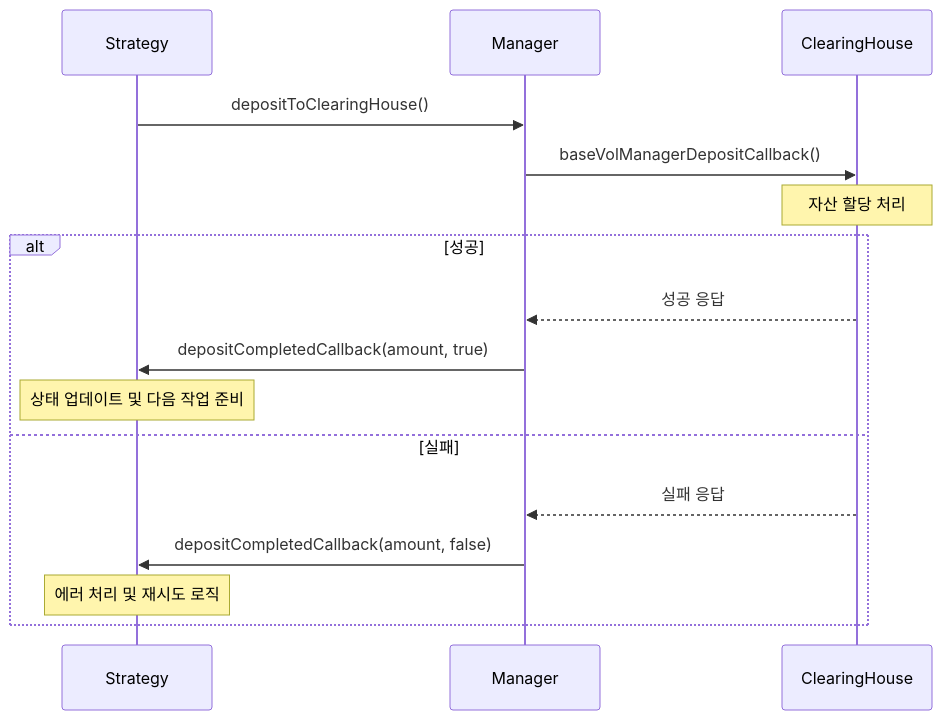
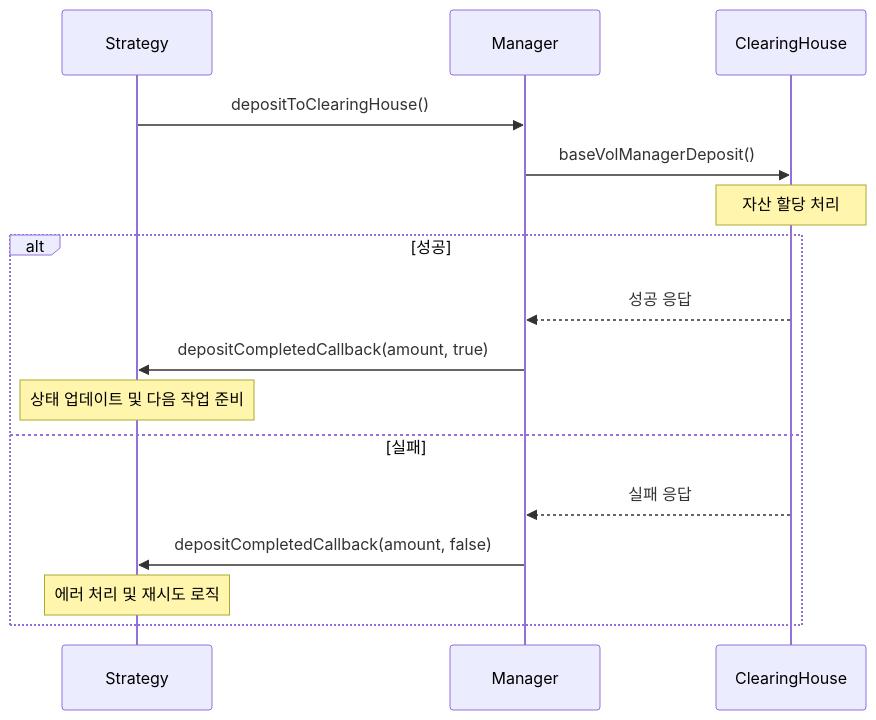
The sixth of 7 diagrams in contracts/core/vault/genesisvault.md (stvol-official/basevol-contract), drawn with Mermaid before and after one commit. The commit also changed other lines of this file and 8 other files, not shown here.

````diff
--- a/contracts/core/vault/genesisvault.md
+++ b/contracts/core/vault/genesisvault.md
@@ -453,20 +453,20 @@
 ```mermaid
 sequenceDiagram
     participant Strategy
     participant Manager
     participant ClearingHouse
 
     Strategy->>Manager: depositToClearingHouse()
-    Manager->>ClearingHouse: baseVolManagerDepositCallback()
+    Manager->>ClearingHouse: baseVolManagerDeposit()
     Note over ClearingHouse: 자산 할당 처리
 
     alt 성공
         ClearingHouse-->>Manager: 성공 응답
         Manager->>Strategy: depositCompletedCallback(amount, true)
         Note over Strategy: 상태 업데이트 및 다음 작업 준비
     else 실패
         ClearingHouse-->>Manager: 실패 응답
         Manager->>Strategy: depositCompletedCallback(amount, false)
         Note over Strategy: 에러 처리 및 재시도 로직
     end
 ```
````
